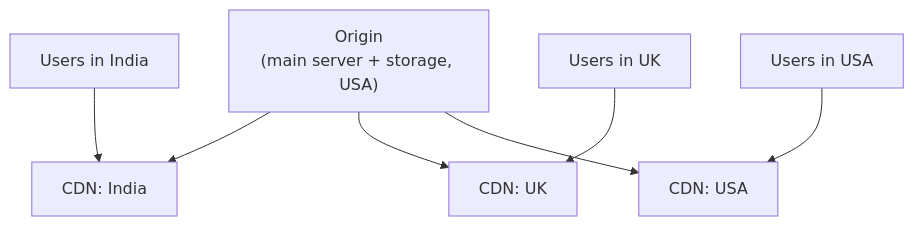
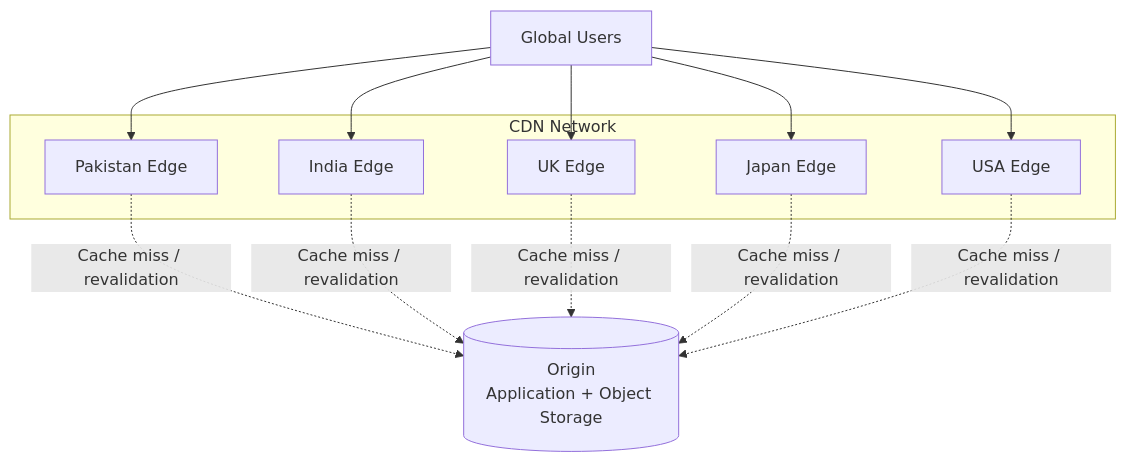
One commit to HARRISAMIN432/system-design-hld changed the fourth of 12 diagrams in 10_CDN/README.md. Above: the diagram before and after it, drawn with Mermaid. The commit also changed other lines of this file and 11 other files, not shown here.

````diff
--- a/10_CDN/README.md
+++ b/10_CDN/README.md
@@ -105,10 +242,26 @@
 ```mermaid
 flowchart TB
-    Origin["Origin<br/>(main server + storage, USA)"]
-    Origin --> CDN_IN["CDN: India"]
-    Origin --> CDN_UK["CDN: UK"]
-    Origin --> CDN_US["CDN: USA"]
-    UIN["Users in India"] --> CDN_IN
-    UUK["Users in UK"] --> CDN_UK
-    UUS["Users in USA"] --> CDN_US
+    USERS["Global Users"]
+
+    subgraph CDN["CDN Network"]
+        PK["Pakistan Edge"]
+        IN["India Edge"]
+        UK["UK Edge"]
+        JP["Japan Edge"]
+        US["USA Edge"]
+    end
+
+    ORIGIN[("Origin<br/>Application + Object Storage")]
+
+    USERS --> PK
+    USERS --> IN
+    USERS --> UK
+    USERS --> JP
+    USERS --> US
+
+    PK -. "Cache miss / revalidation" .-> ORIGIN
+    IN -. "Cache miss / revalidation" .-> ORIGIN
+    UK -. "Cache miss / revalidation" .-> ORIGIN
+    JP -. "Cache miss / revalidation" .-> ORIGIN
+    US -. "Cache miss / revalidation" .-> ORIGIN
 ```
````
